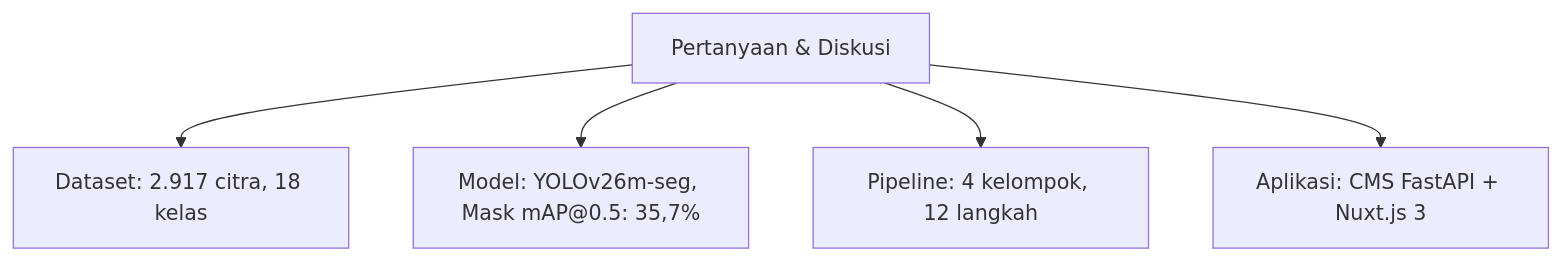
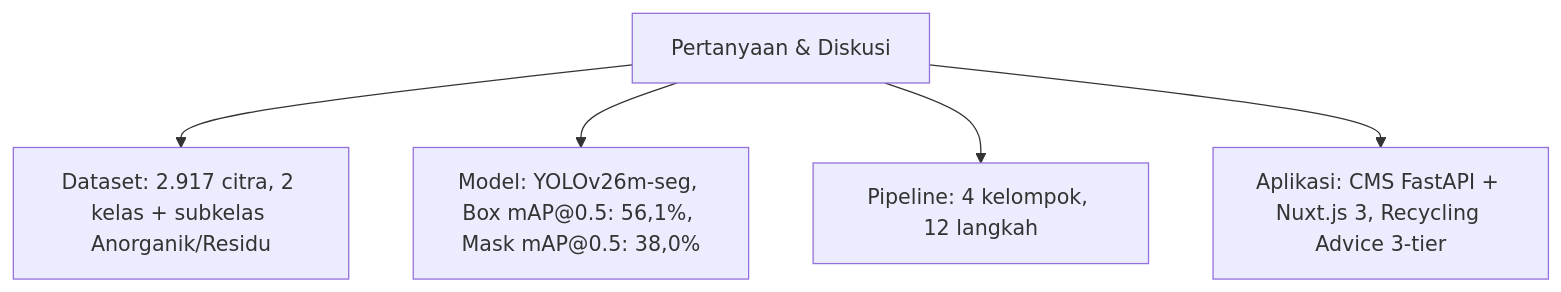
Before and after one commit to aryaw/SmartBin: diagram 13 of 13 in proposalPaper/presentation.md, drawn with Mermaid. The commit also changed other lines of this file and 18 other files, not shown here.

````diff
--- a/proposalPaper/presentation.md
+++ b/proposalPaper/presentation.md
@@ -653,7 +814,7 @@
 ```mermaid
 flowchart TD
-    Q[Pertanyaan & Diskusi] --> A1[Dataset: 2.917 citra, 18 kelas]
-    Q --> A2[Model: YOLOv26m-seg, Mask mAP@0.5: 35,7%]
+    Q[Pertanyaan & Diskusi] --> A1[Dataset: 2.917 citra, 2 kelas + subkelas Anorganik/Residu]
+    Q --> A2[Model: YOLOv26m-seg, Box mAP@0.5: 56,1%, Mask mAP@0.5: 38,0%]
     Q --> A3[Pipeline: 4 kelompok, 12 langkah]
-    Q --> A4[Aplikasi: CMS FastAPI + Nuxt.js 3]
+    Q --> A4[Aplikasi: CMS FastAPI + Nuxt.js 3, Recycling Advice 3-tier]
 ```
````
